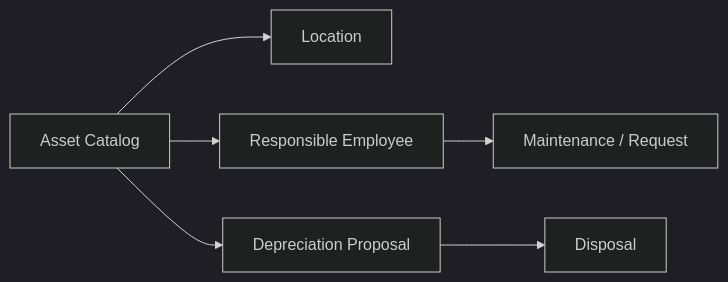
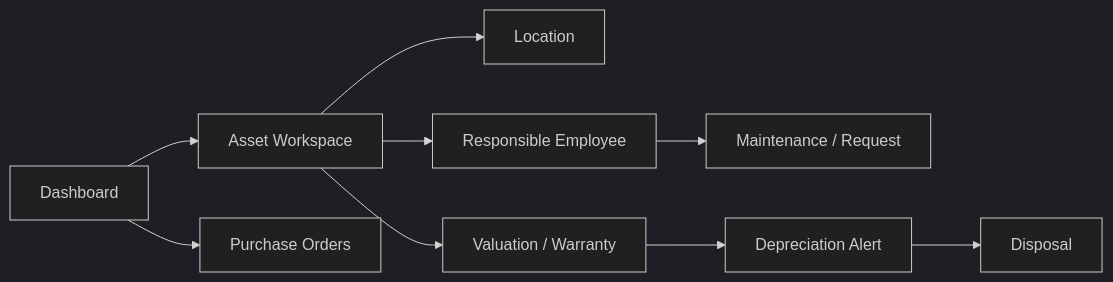
The second of 2 diagrams in docs/STACK.md (ducanh186/mesoco-dental-asset-management), drawn with Mermaid (dark theme) before and after one commit. The commit also changed other lines of this file and 8 other files, not shown here.

````diff
--- a/docs/STACK.md
+++ b/docs/STACK.md
@@ -50,8 +56,11 @@
 ```mermaid
 flowchart LR
-    A["Asset Catalog"] --> B["Location"]
-    A --> C["Responsible Employee"]
-    C --> D["Maintenance / Request"]
-    A --> E["Depreciation Proposal"]
-    E --> F["Disposal"]
+    A["Dashboard"] --> B["Asset Workspace"]
+    B --> C["Location"]
+    B --> D["Responsible Employee"]
+    D --> E["Maintenance / Request"]
+    B --> F["Valuation / Warranty"]
+    F --> G["Depreciation Alert"]
+    A --> H["Purchase Orders"]
+    G --> I["Disposal"]
 ```
````
